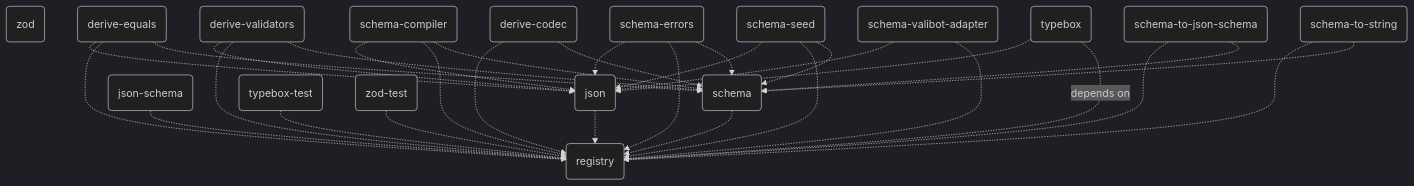
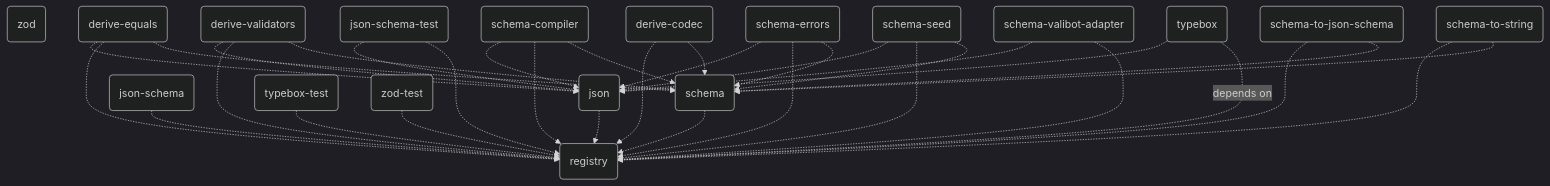
One commit to traversable/schema changed the diagram in README.md. Above: the diagram before and after it, drawn with Mermaid (dark theme). The commit also changed 17 other files, not shown here.

Commit message:
init(json-schema-test): initializes `@traversable/json-schema-test` package

````diff
--- a/README.md
+++ b/README.md
@@ -497,35 +497,37 @@
 ```mermaid
 flowchart TD
     registry(registry)
     zod(zod)
     json(json) -.-> registry(registry)
     json-schema(json-schema) -.-> registry(registry)
     schema(schema) -.-> registry(registry)
     typebox-test(typebox-test) -.-> registry(registry)
     zod-test(zod-test) -.-> registry(registry)
     derive-codec(derive-codec) -.-> registry(registry)
     derive-codec(derive-codec) -.-> schema(schema)
     derive-equals(derive-equals) -.-> json(json)
     derive-equals(derive-equals) -.-> registry(registry)
     derive-equals(derive-equals) -.-> schema(schema)
     derive-validators(derive-validators) -.-> json(json)
     derive-validators(derive-validators) -.-> registry(registry)
     derive-validators(derive-validators) -.-> schema(schema)
+    json-schema-test(json-schema-test) -.-> json(json)
+    json-schema-test(json-schema-test) -.-> registry(registry)
     schema-compiler(schema-compiler) -.-> json(json)
     schema-compiler(schema-compiler) -.-> registry(registry)
     schema-compiler(schema-compiler) -.-> schema(schema)
     schema-errors(schema-errors) -.-> json(json)
     schema-errors(schema-errors) -.-> registry(registry)
     schema-errors(schema-errors) -.-> schema(schema)
     schema-seed(schema-seed) -.-> json(json)
     schema-seed(schema-seed) -.-> registry(registry)
     schema-seed(schema-seed) -.-> schema(schema)
     schema-to-json-schema(schema-to-json-schema) -.-> registry(registry)
     schema-to-json-schema(schema-to-json-schema) -.-> schema(schema)
     schema-to-string(schema-to-string) -.-> registry(registry)
     schema-to-string(schema-to-string) -.-> schema(schema)
     schema-valibot-adapter(schema-valibot-adapter) -.-> json(json)
     schema-valibot-adapter(schema-valibot-adapter) -.-> registry(registry)
     typebox(typebox) -.-> json(json)
     typebox(typebox) -.depends on.-> registry(registry)
 ```
````
